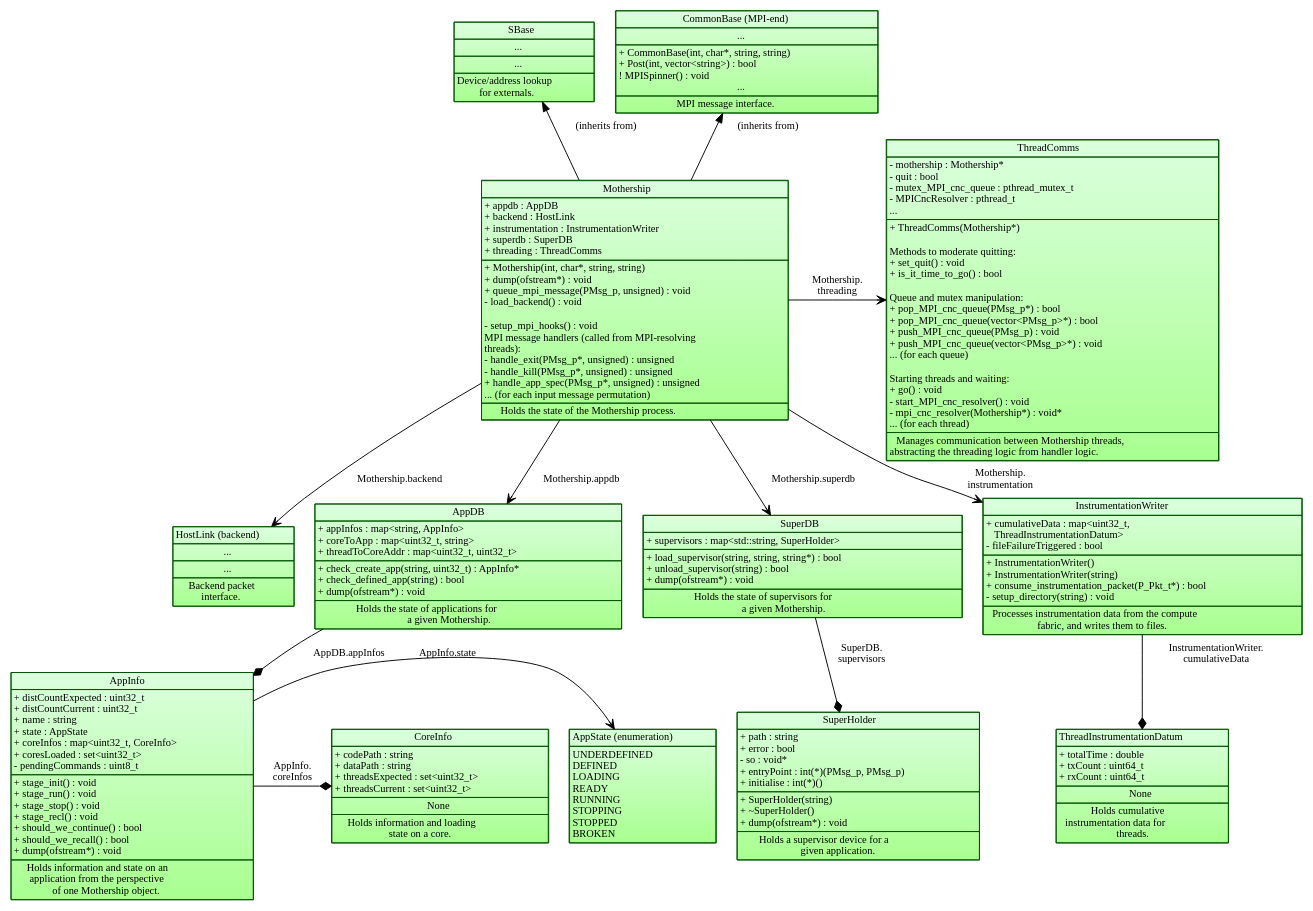
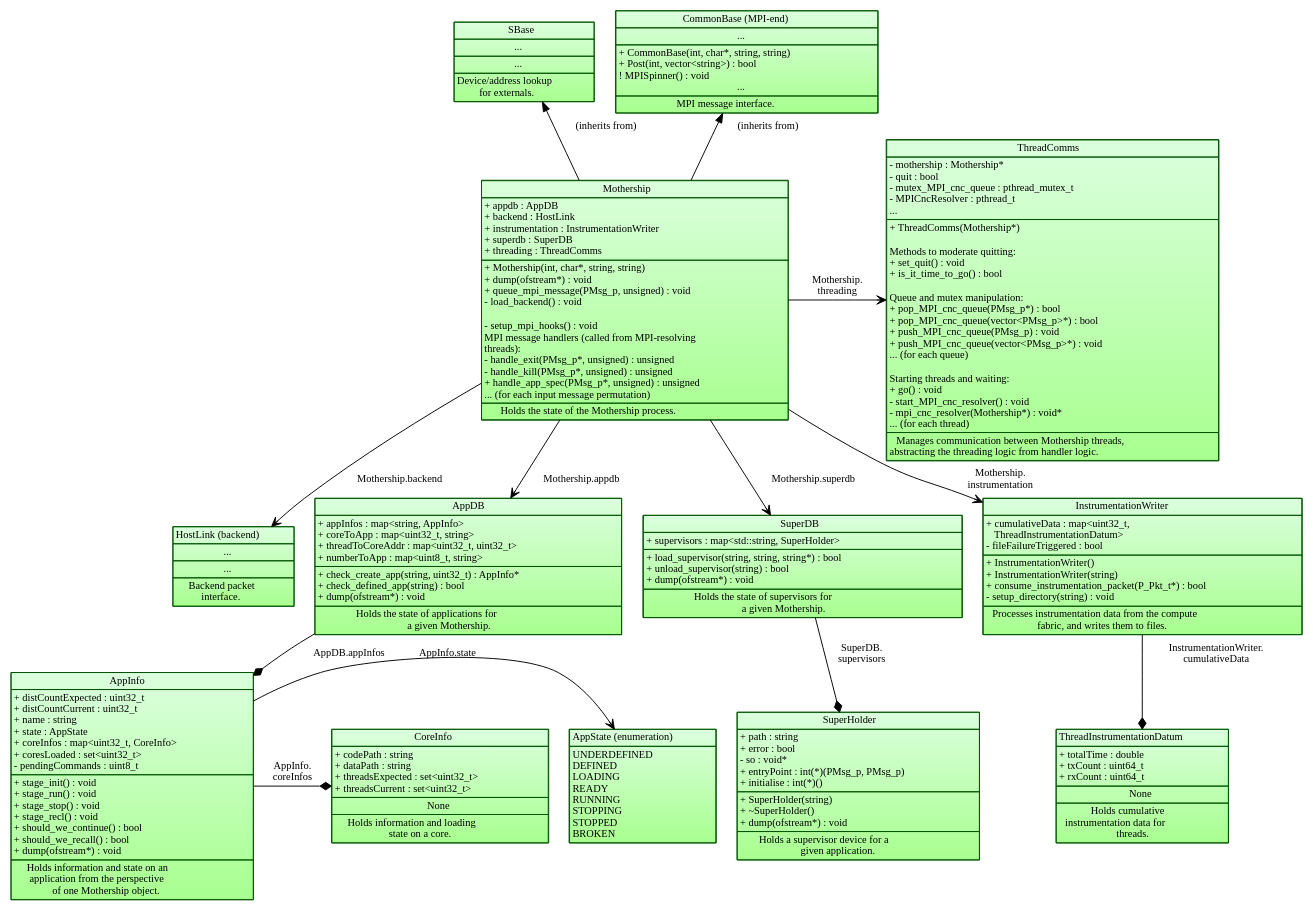
One commit to POETSII/orchestrator-documentation changed the diagram in images/source/mothership_data_structure.dot. Above: the diagram before and after it, drawn with Graphviz. The commit also changed 1 other file, not shown here.

Commit message:
Receive a task ID from root when specifying a task, and store that in AppDB.

```diff
--- a/images/source/mothership_data_structure.dot
+++ b/images/source/mothership_data_structure.dot
@@ -76,6 +76,7 @@
 + appInfos : map&lt;string, AppInfo&gt;<BR ALIGN="LEFT"/>
 + coreToApp : map&lt;uint32_t, string&gt;<BR ALIGN="LEFT"/>
 + threadToCoreAddr : map&lt;uint32_t, uint32_t&gt;<BR ALIGN="LEFT"/>
++ numberToApp : map&lt;uint8_t, string&gt;<BR ALIGN="LEFT"/>
 </TD></TR>
 <TR><TD ALIGN="LEFT">
 + check_create_app(string, uint32_t) : AppInfo*<BR ALIGN="LEFT"/>
```
